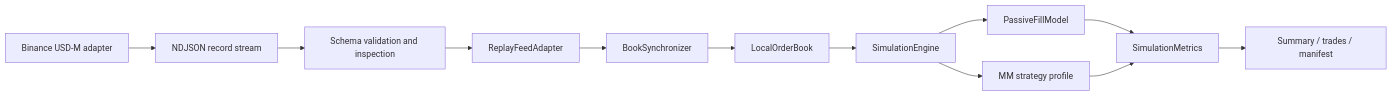
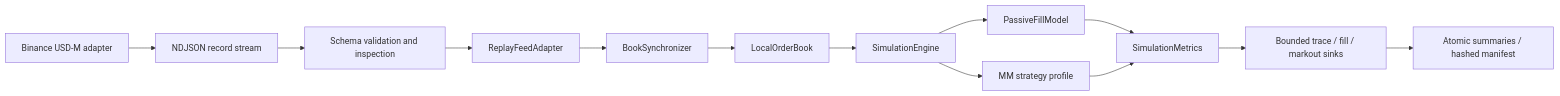
The diagram in docs/hft_reviewer_guide.md (gobrienHFT/lob_sim), drawn with Mermaid before and after one commit. The commit also changed other lines of this file and 24 other files, not shown here.

````diff
--- a/docs/hft_reviewer_guide.md
+++ b/docs/hft_reviewer_guide.md
@@ -37,14 +37,15 @@
 ```mermaid
 flowchart LR
   A["Binance USD-M adapter"] --> B["NDJSON record stream"]
   B --> C["Schema validation and inspection"]
   C --> D["ReplayFeedAdapter"]
   D --> E["BookSynchronizer"]
   E --> F["LocalOrderBook"]
   F --> G["SimulationEngine"]
   G --> H["PassiveFillModel"]
   G --> I["MM strategy profile"]
   H --> J["SimulationMetrics"]
   I --> J
-  J --> K["Summary / trades / manifest"]
+  J --> K["Bounded trace / fill / markout sinks"]
+  K --> L["Atomic summaries / hashed manifest"]
 ```
````
